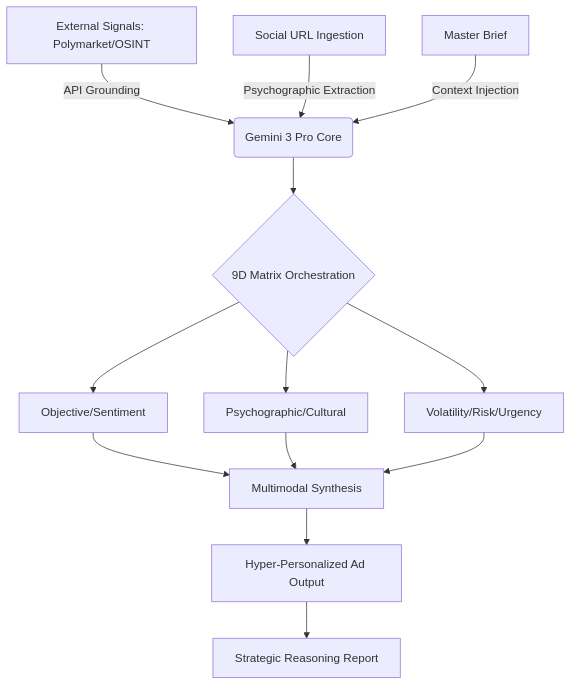
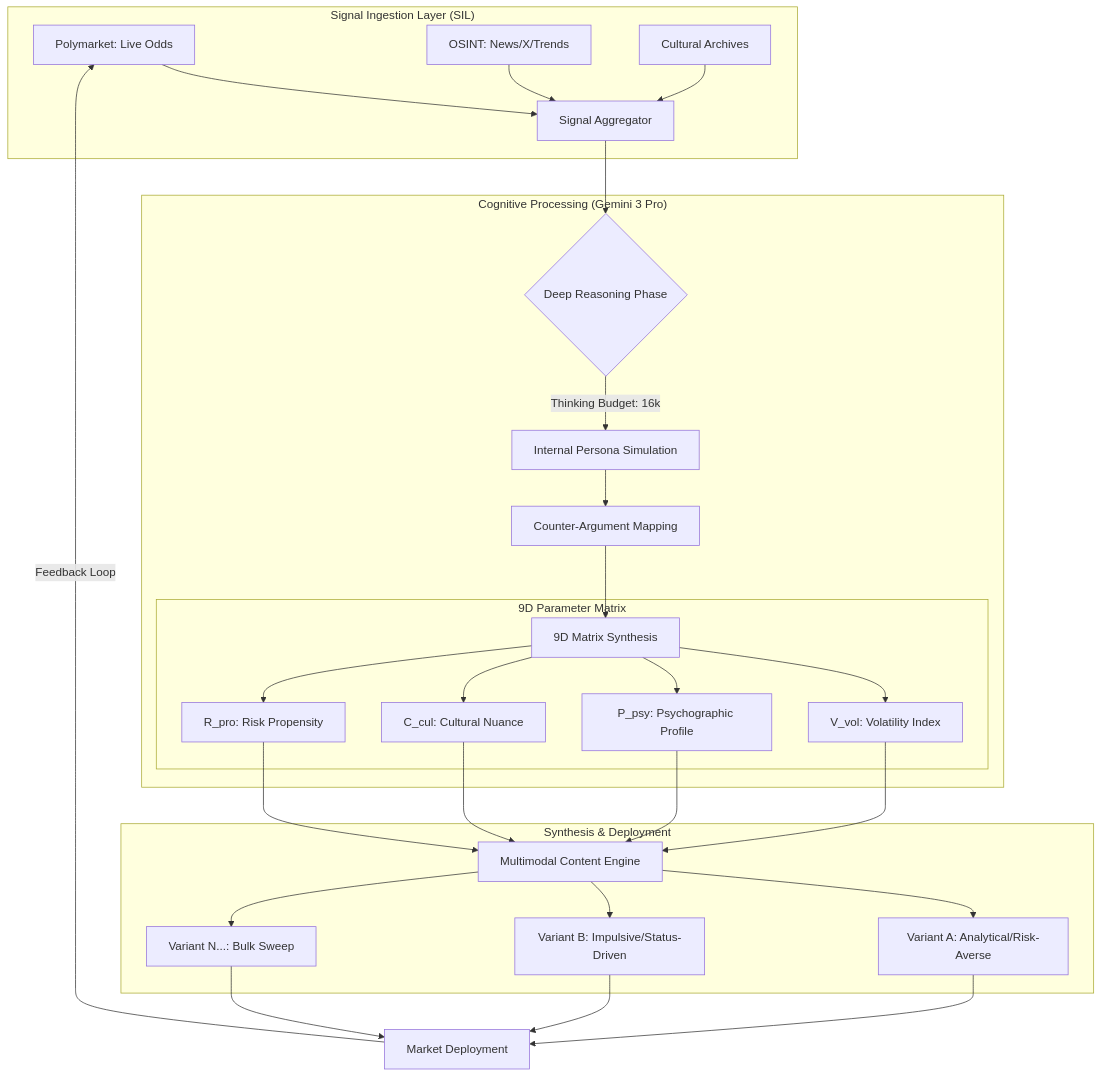
One commit to DOMINUSBABEL/adagent changed the first of 2 diagrams in README.md. Above: the diagram before and after it, drawn with Mermaid. The commit also changed other lines of this file, not shown here.

First line of the commit message:
feat: Update README with AdArchitect details

````diff
--- a/README.md
+++ b/README.md
@@ -16,13 +23,32 @@
 ```mermaid
 graph TD
-    A[External Signals: Polymarket/OSINT] -->|API Grounding| B(Gemini 3 Pro Core)
-    C[Social URL Ingestion] -->|Psychographic Extraction| B
-    D[Master Brief] -->|Context Injection| B
-    B --> E{9D Matrix Orchestration}
-    E --> F[Objective/Sentiment]
-    E --> G[Psychographic/Cultural]
-    E --> H[Volatility/Risk/Urgency]
-    F & G & H --> I[Multimodal Synthesis]
-    I --> J[Hyper-Personalized Ad Output]
-    J --> K[Strategic Reasoning Report]
+    subgraph "Signal Ingestion Layer (SIL)"
+        A1[Polymarket: Live Odds] --> B1[Signal Aggregator]
+        A2[OSINT: News/X/Trends] --> B1
+        A3[Cultural Archives] --> B1
+    end
+
+    subgraph "Cognitive Processing (Gemini 3 Pro)"
+        B1 --> C1{Deep Reasoning Phase}
+        C1 -->|Thinking Budget: 16k| D1[Internal Persona Simulation]
+        D1 --> D2[Counter-Argument Mapping]
+        D2 --> E1[9D Matrix Synthesis]
+      
+        subgraph "9D Parameter Matrix"
+            E1 --> P1[V_vol: Volatility Index]
+            E1 --> P2[P_psy: Psychographic Profile]
+            E1 --> P3[C_cul: Cultural Nuance]
+            E1 --> P4[R_pro: Risk Propensity]
+        end
+    end
+
+    subgraph "Synthesis & Deployment"
+        P1 & P2 & P3 & P4 --> F1[Multimodal Content Engine]
+        F1 --> G1[Variant A: Analytical/Risk-Averse]
+        F1 --> G2[Variant B: Impulsive/Status-Driven]
+        F1 --> G3[Variant N...: Bulk Sweep]
+    end
+
+    G1 & G2 & G3 --> H1[Market Deployment]
+    H1 -->|Feedback Loop| A1
 ```
````
